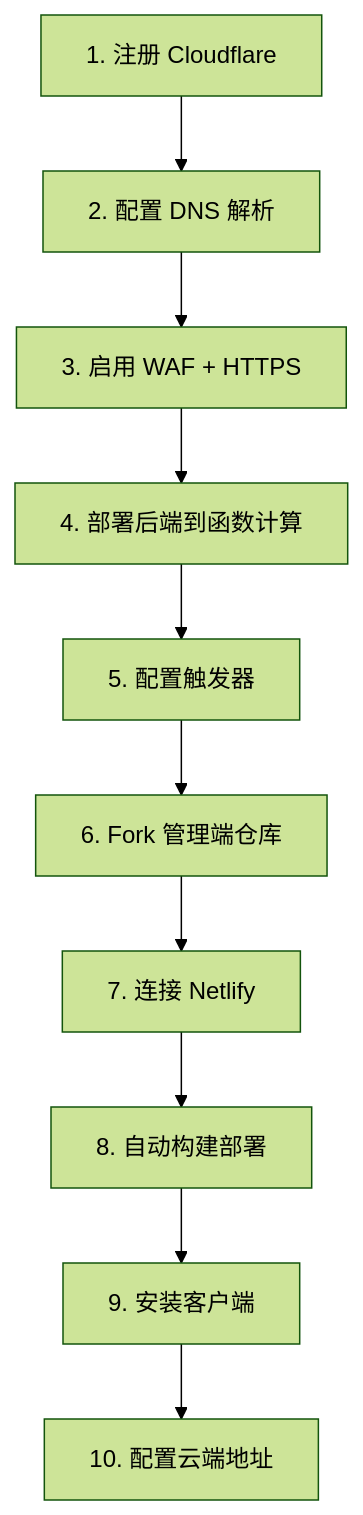
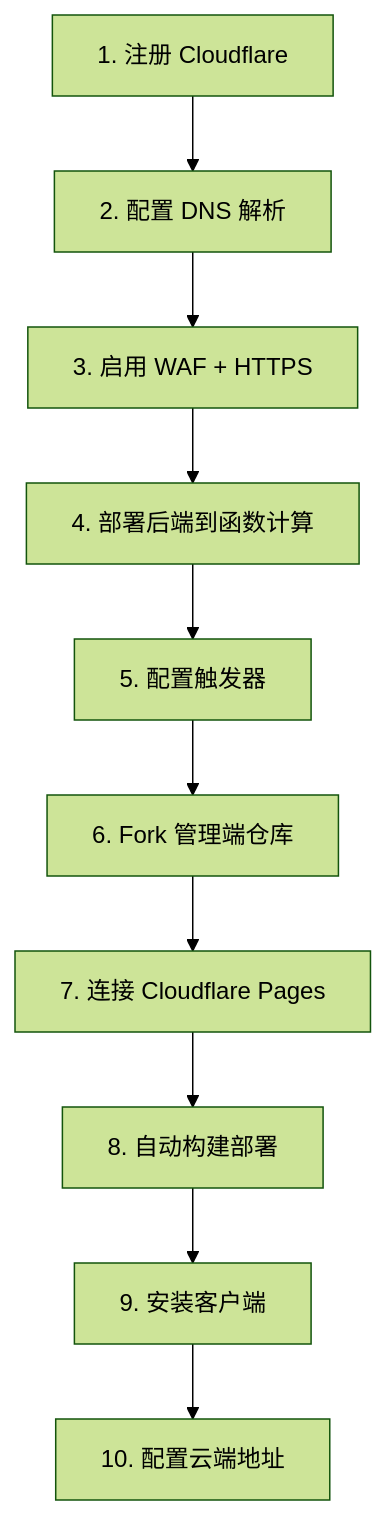
One commit to AstraSchedule/docs-site changed the third of 5 diagrams in docs/guide/lowcost/architecture.md. Above: the diagram before and after it, drawn with Mermaid (forest theme). The commit also changed other lines of this file and 9 other files, not shown here.

Commit message:
📝 docs: 将管理端部署文档从 Netlify 全面更新为 Cloudflare Pages

````diff
--- a/docs/guide/lowcost/architecture.md
+++ b/docs/guide/lowcost/architecture.md
@@ -78,12 +78,12 @@
 ```mermaid
 graph TB
     A["1. 注册 Cloudflare"] --> B["2. 配置 DNS 解析"]
     B --> C["3. 启用 WAF + HTTPS"]
     C --> D["4. 部署后端到函数计算"]
     D --> E["5. 配置触发器"]
     E --> F["6. Fork 管理端仓库"]
-    F --> G["7. 连接 Netlify"]
+    F --> G["7. 连接 Cloudflare Pages"]
     G --> H["8. 自动构建部署"]
     H --> I["9. 安装客户端"]
     I --> J["10. 配置云端地址"]
 ```
````
